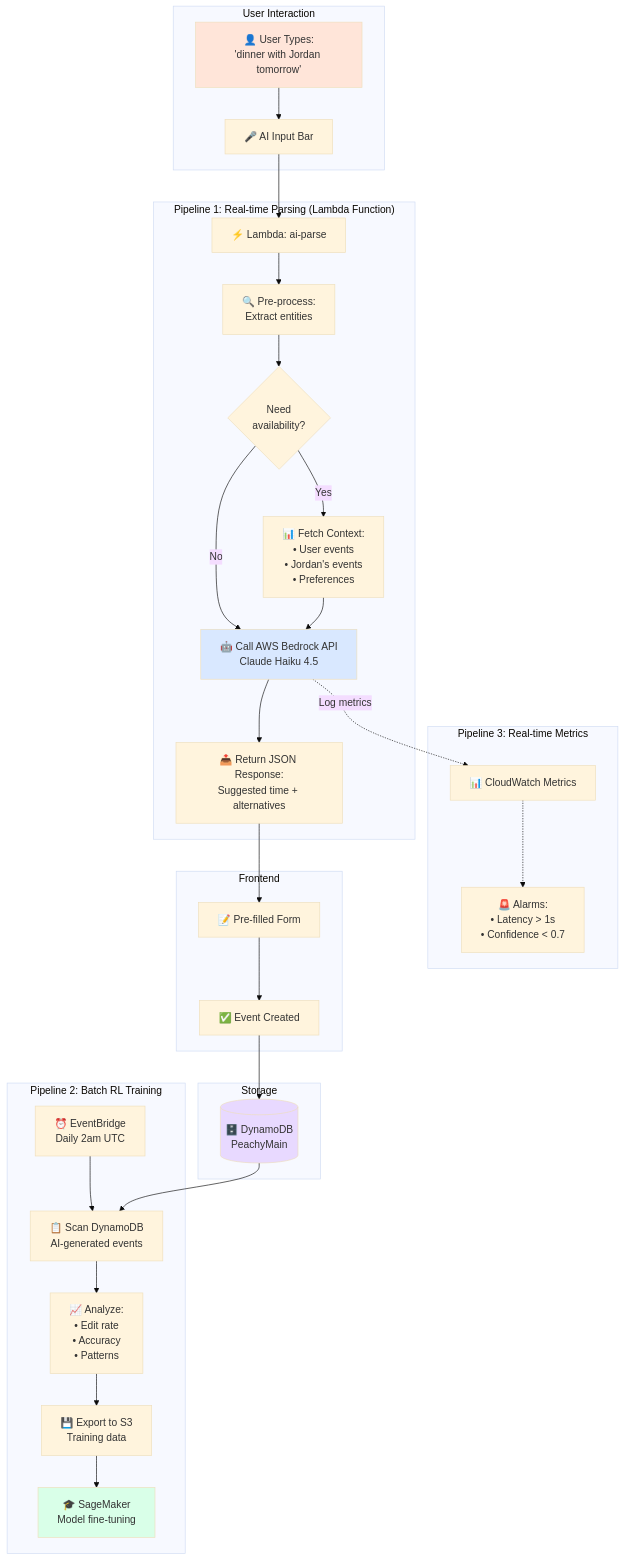
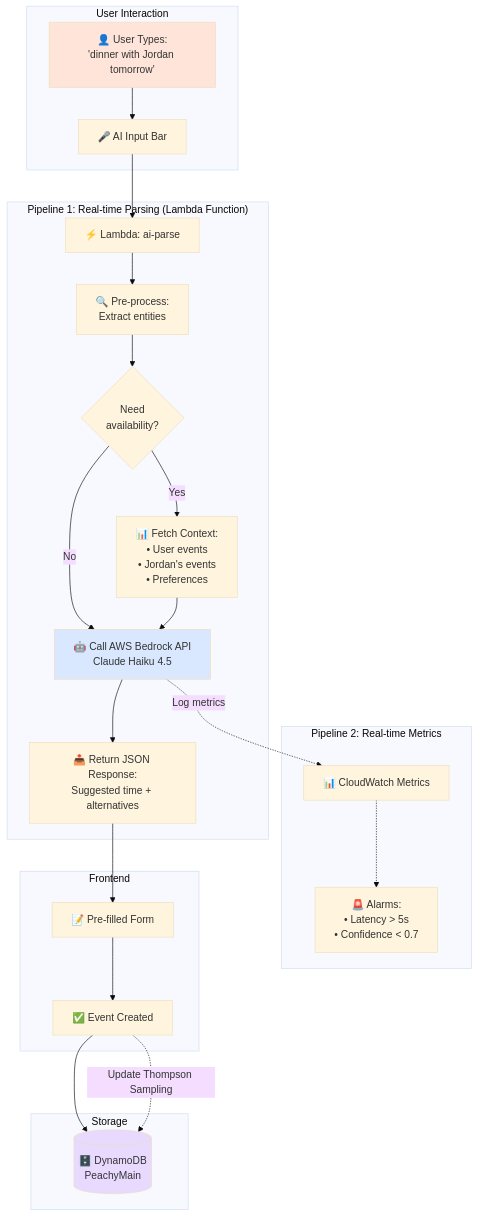
One commit to UofT-CSC490-W2026/Peachy changed the third of 8 diagrams in AI_DATA_PIPELINE.md. Above: the diagram before and after it, drawn with Mermaid (base theme). The commit also changed other lines of this file and 3 other files, not shown here.

````diff
--- a/AI_DATA_PIPELINE.md
+++ b/AI_DATA_PIPELINE.md
@@ -100,64 +128,51 @@
 ```mermaid
 graph TB
     subgraph "User Interaction"
         U[👤 User Types:<br/>'dinner with Jordan tomorrow']
         AI_BAR[🎤 AI Input Bar]
     end
 
     subgraph "Pipeline 1: Real-time Parsing (Lambda Function)"
         LAMBDA[⚡ Lambda: ai-parse]
         PRE[🔍 Pre-process:<br/>Extract entities]
         DECIDE{Need<br/>availability?}
         DB_FETCH[📊 Fetch Context:<br/>• User events<br/>• Jordan's events<br/>• Preferences]
         BEDROCK[🤖 Call AWS Bedrock API<br/>Claude Haiku 4.5]
         RESPONSE[📤 Return JSON Response:<br/>Suggested time + alternatives]
     end
 
-    subgraph "Pipeline 2: Batch RL Training"
-        CRON[⏰ EventBridge<br/>Daily 2am UTC]
-        SCAN[📋 Scan DynamoDB<br/>AI-generated events]
-        ANALYZE[📈 Analyze:<br/>• Edit rate<br/>• Accuracy<br/>• Patterns]
-        S3[💾 Export to S3<br/>Training data]
-        SAGE[🎓 SageMaker<br/>Model fine-tuning]
-    end
-
-    subgraph "Pipeline 3: Real-time Metrics"
+    subgraph "Pipeline 2: Real-time Metrics"
         METRICS[📊 CloudWatch Metrics]
-        ALARM[🚨 Alarms:<br/>• Latency > 1s<br/>• Confidence < 0.7]
+        ALARM[🚨 Alarms:<br/>• Latency > 5s<br/>• Confidence < 0.7]
     end
 
     subgraph "Frontend"
         FORM[📝 Pre-filled Form]
         EVENT[✅ Event Created]
     end
 
     subgraph "Storage"
         DYNAMO[(🗄️ DynamoDB<br/>PeachyMain)]
     end
 
     U --> AI_BAR
     AI_BAR --> LAMBDA
     LAMBDA --> PRE
     PRE --> DECIDE
     DECIDE -->|Yes| DB_FETCH
     DECIDE -->|No| BEDROCK
     DB_FETCH --> BEDROCK
     BEDROCK --> RESPONSE
     RESPONSE --> FORM
     FORM --> EVENT
     EVENT --> DYNAMO
 
     BEDROCK -.->|Log metrics| METRICS
     METRICS -.-> ALARM
 
-    CRON --> SCAN
-    DYNAMO --> SCAN
-    SCAN --> ANALYZE
-    ANALYZE --> S3
-    S3 --> SAGE
+    EVENT -.->|Update Thompson Sampling| DYNAMO
 
     style U fill:#FFE5D9
     style BEDROCK fill:#D9E8FF
     style DYNAMO fill:#E8D9FF
-    style SAGE fill:#D9FFE8
 ```
````
